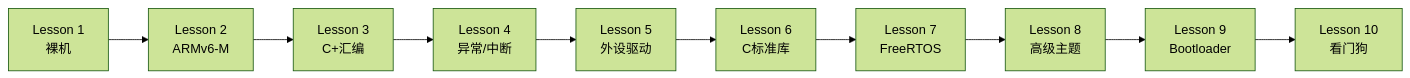
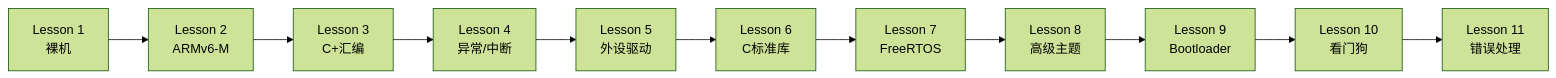
The first of 2 diagrams in README.md (neluca/embedded-from-scratch), drawn with Mermaid (forest theme) before and after one commit. The commit also changed other lines of this file and 17 other files, not shown here.

````diff
--- a/README.md
+++ b/README.md
@@ -55,4 +55,4 @@
 ```mermaid
 flowchart LR
-    L1["Lesson 1<br>裸机"] --> L2["Lesson 2<br>ARMv6-M"] --> L3["Lesson 3<br>C+汇编"] --> L4["Lesson 4<br>异常/中断"] --> L5["Lesson 5<br>外设驱动"] --> L6["Lesson 6<br>C标准库"] --> L7["Lesson 7<br>FreeRTOS"] --> L8["Lesson 8<br>高级主题"] --> L9["Lesson 9<br>Bootloader"] --> L10["Lesson 10<br>看门狗"]
+    L1["Lesson 1<br>裸机"] --> L2["Lesson 2<br>ARMv6-M"] --> L3["Lesson 3<br>C+汇编"] --> L4["Lesson 4<br>异常/中断"] --> L5["Lesson 5<br>外设驱动"] --> L6["Lesson 6<br>C标准库"] --> L7["Lesson 7<br>FreeRTOS"] --> L8["Lesson 8<br>高级主题"] --> L9["Lesson 9<br>Bootloader"] --> L10["Lesson 10<br>看门狗"] --> L11["Lesson 11<br>错误处理"]
 ```
````
